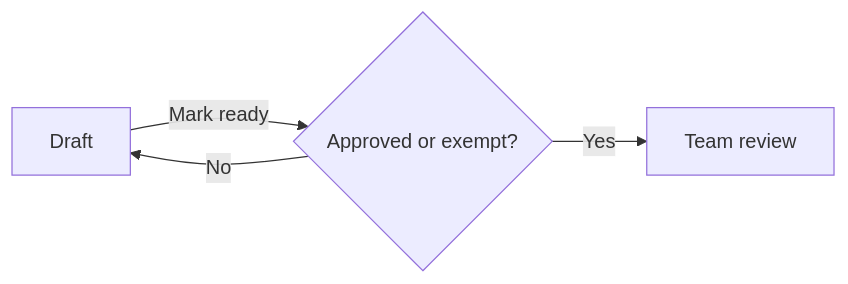
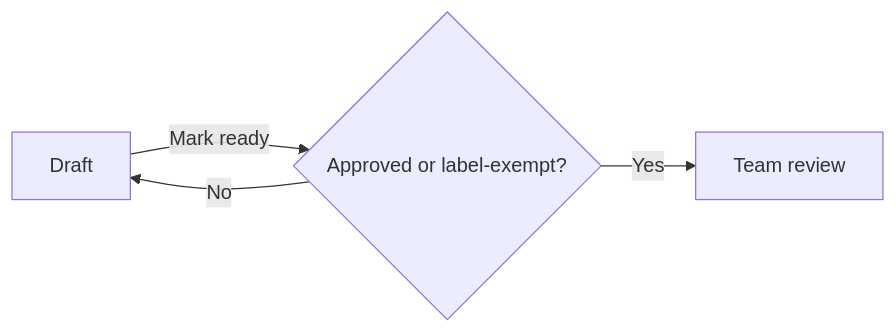
The diagram in .github/autobot/draft-review.md (NVIDIA/Megatron-LM), drawn with Mermaid before and after one commit.

Commit message:
docs(review): clarify the label exemption in the flowchart

````diff
--- a/.github/autobot/draft-review.md
+++ b/.github/autobot/draft-review.md
@@ -9,6 +9,6 @@
 ```mermaid
 flowchart LR
-    D[Draft] -->|Mark ready| G{Approved or exempt?}
+    D[Draft] -->|Mark ready| G{Approved or label-exempt?}
     G -->|Yes| R[Team review]
     G -->|No| D
 ```
````
